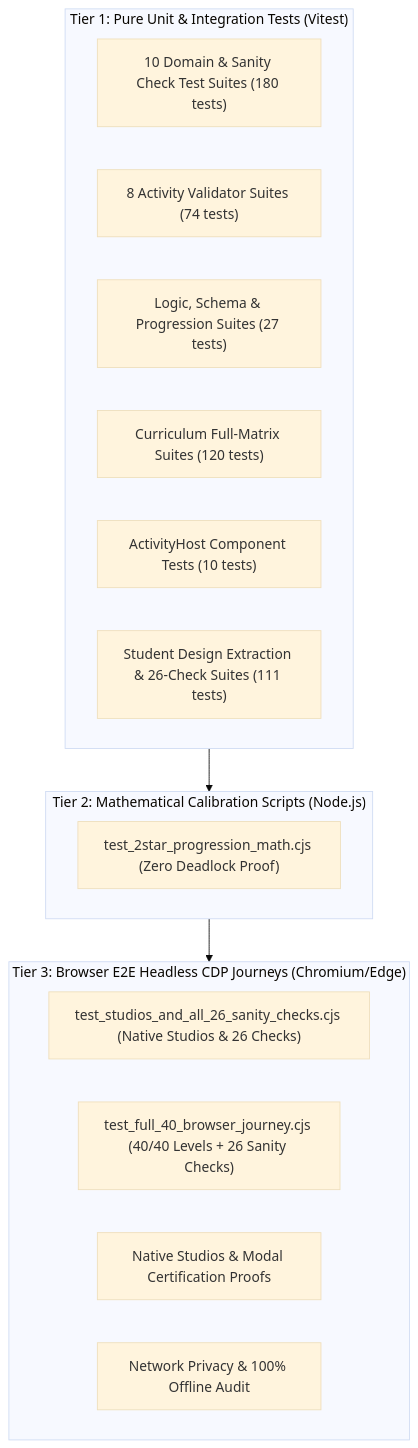
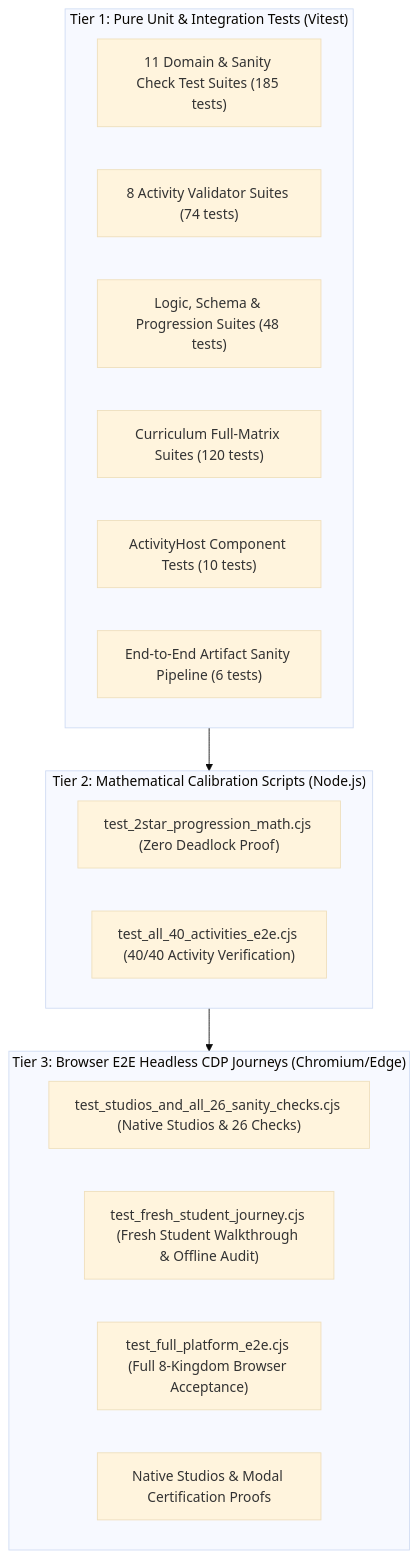
Before and after one commit to ppawar-7/cts-studio-preview: the diagram in TEST_COVERAGE_MATRIX.md, drawn with Mermaid (base theme). The commit also changed other lines of this file and 28 other files, not shown here.

Commit message:
fix(certification): enforce fail-closed artifact validation and honest 15-check certification

````diff
--- a/TEST_COVERAGE_MATRIX.md
+++ b/TEST_COVERAGE_MATRIX.md
@@ -11,24 +11,25 @@
 ```mermaid
 flowchart TD
     subgraph Tier1 ["Tier 1: Pure Unit & Integration Tests (Vitest)"]
-        EngTests["10 Domain & Sanity Check Test Suites (180 tests)"]
+        EngTests["11 Domain & Sanity Check Test Suites (185 tests)"]
         ValTests["8 Activity Validator Suites (74 tests)"]
-        ProgTests["Logic, Schema & Progression Suites (27 tests)"]
+        ProgTests["Logic, Schema & Progression Suites (48 tests)"]
         CurricTests["Curriculum Full-Matrix Suites (120 tests)"]
         CompTests["ActivityHost Component Tests (10 tests)"]
-        StudioTests["Student Design Extraction & 26-Check Suites (111 tests)"]
+        PipelineTests["End-to-End Artifact Sanity Pipeline (6 tests)"]
     end
 
     subgraph Tier2 ["Tier 2: Mathematical Calibration Scripts (Node.js)"]
         ProgMath["test_2star_progression_math.cjs (Zero Deadlock Proof)"]
+        ActivityAudit["test_all_40_activities_e2e.cjs (40/40 Activity Verification)"]
     end
 
     subgraph Tier3 ["Tier 3: Browser E2E Headless CDP Journeys (Chromium/Edge)"]
         CDPStudios["test_studios_and_all_26_sanity_checks.cjs (Native Studios & 26 Checks)"]
-        CDPAll["test_full_40_browser_journey.cjs (40/40 Levels + 26 Sanity Checks)"]
+        CDPStudent["test_fresh_student_journey.cjs (Fresh Student Walkthrough & Offline Audit)"]
+        CDPPlatform["test_full_platform_e2e.cjs (Full 8-Kingdom Browser Acceptance)"]
         Screenshots["Native Studios & Modal Certification Proofs"]
-        Offline["Network Privacy & 100% Offline Audit"]
     end
 
     Tier1 --> Tier2 --> Tier3
 ```
````
